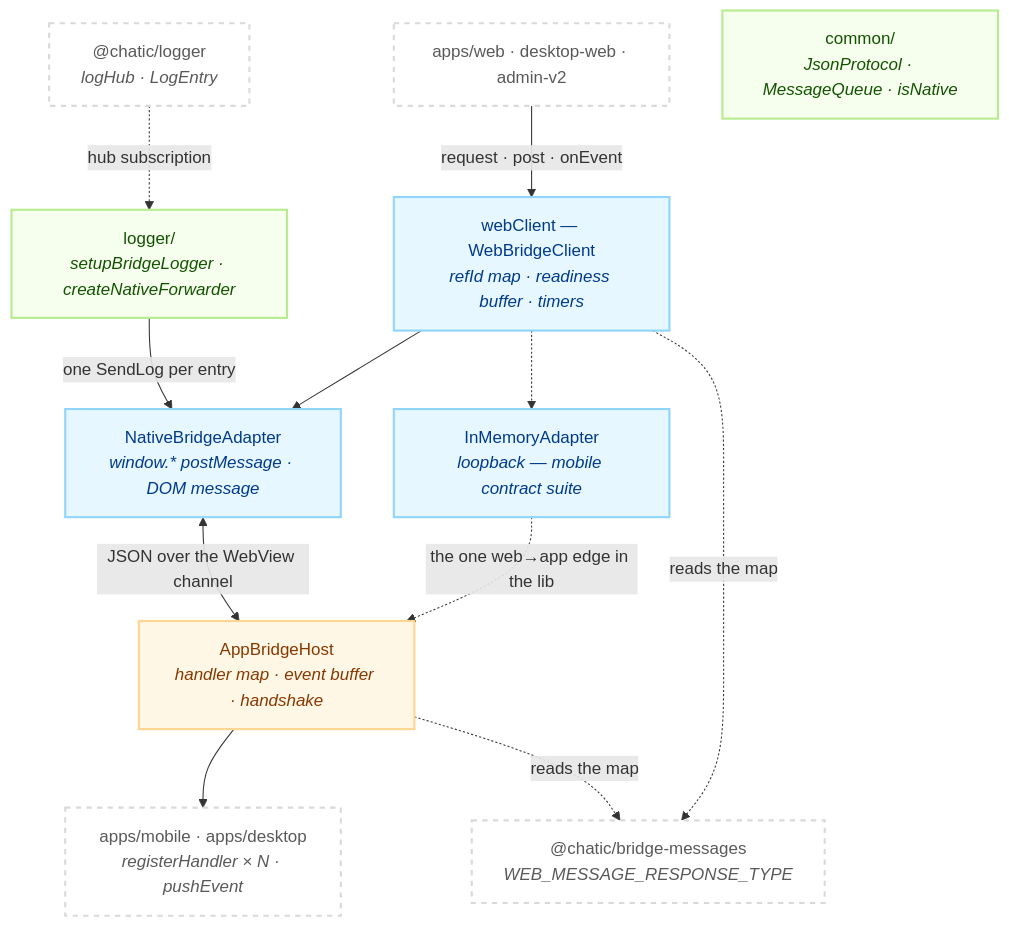
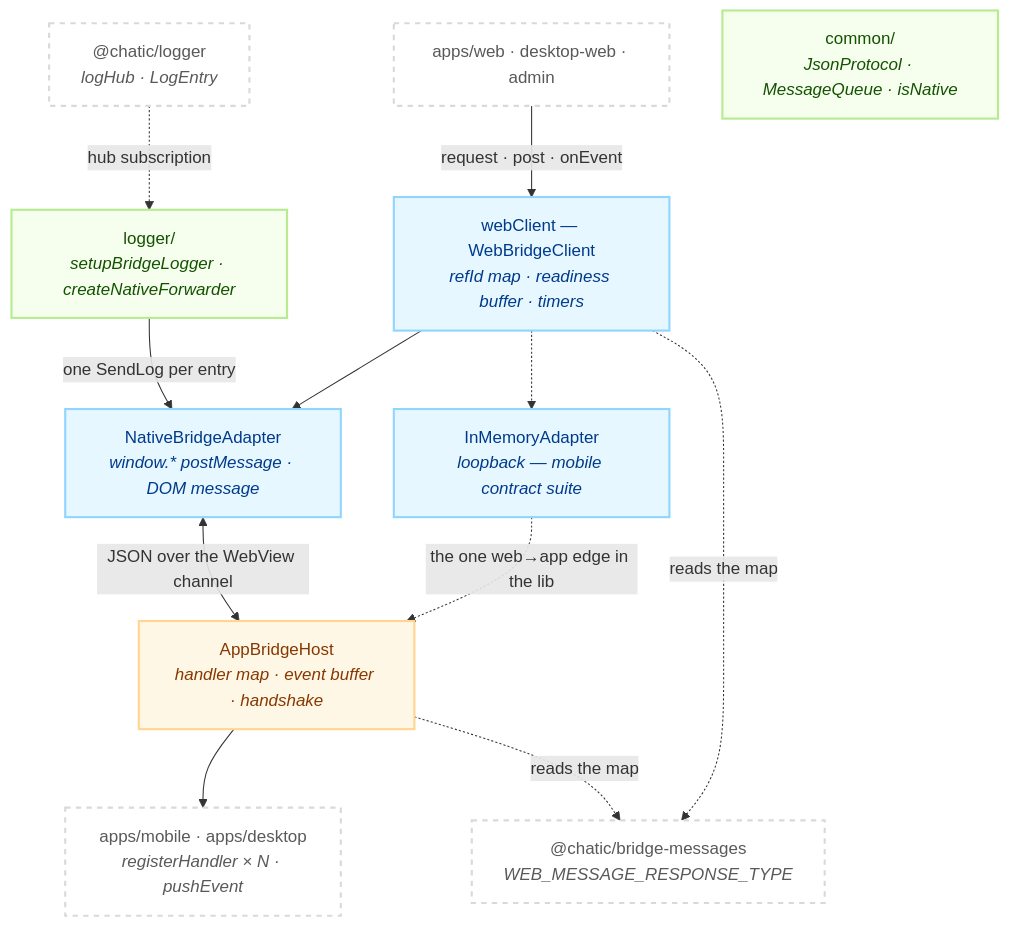
Before and after one commit to lemoncloud-io/dou-app: the first of 2 diagrams in libs/bridges/README.md, drawn with Mermaid. The commit also changed other lines of this file and 484 other files, not shown here.

First line of the commit message:
refactor(admin,testbed): retire apps/testbed and rename apps/admin-v2 to apps/admin

````diff
--- a/libs/bridges/README.md
+++ b/libs/bridges/README.md
@@ -105,30 +105,30 @@
 ```mermaid
 flowchart TD
     classDef ext fill:#ffffff,stroke:#d9d9d9,stroke-width:2px,color:#595959,stroke-dasharray: 5 5;
     classDef web fill:#e6f7ff,stroke:#91d5ff,stroke-width:2px,color:#003a8c;
     classDef app fill:#fff7e6,stroke:#ffd591,stroke-width:2px,color:#873800;
     classDef com fill:#f6ffed,stroke:#b7eb8f,stroke-width:2px,color:#135200;
 
-    Caller["apps/web · desktop-web · admin-v2"]:::ext
+    Caller["apps/web · desktop-web · admin"]:::ext
     Shell["apps/mobile · apps/desktop<br/><i>registerHandler × N · pushEvent</i>"]:::ext
     Msgs["@chatic/bridge-messages<br/><i>WEB_MESSAGE_RESPONSE_TYPE</i>"]:::ext
     Log["@chatic/logger<br/><i>logHub · LogEntry</i>"]:::ext
 
     WC["webClient — WebBridgeClient<br/><i>refId map · readiness buffer · timers</i>"]:::web
     NA["NativeBridgeAdapter<br/><i>window.* postMessage · DOM message</i>"]:::web
     IM["InMemoryAdapter<br/><i>loopback — mobile contract suite</i>"]:::web
     Host["AppBridgeHost<br/><i>handler map · event buffer · handshake</i>"]:::app
     Com["common/<br/><i>JsonProtocol · MessageQueue · isNative</i>"]:::com
     Fwd["logger/<br/><i>setupBridgeLogger · createNativeForwarder</i>"]:::com
 
     Caller -->|"request · post · onEvent"| WC
     WC --> NA
     WC -.-> IM
     IM -.->|"the one web→app edge in the lib"| Host
     NA <-->|"JSON over the WebView channel"| Host
     Host --> Shell
     WC -.->|"reads the map"| Msgs
     Host -.->|"reads the map"| Msgs
     Fwd -->|"one SendLog per entry"| NA
     Log -.->|"hub subscription"| Fwd
 ```
````
